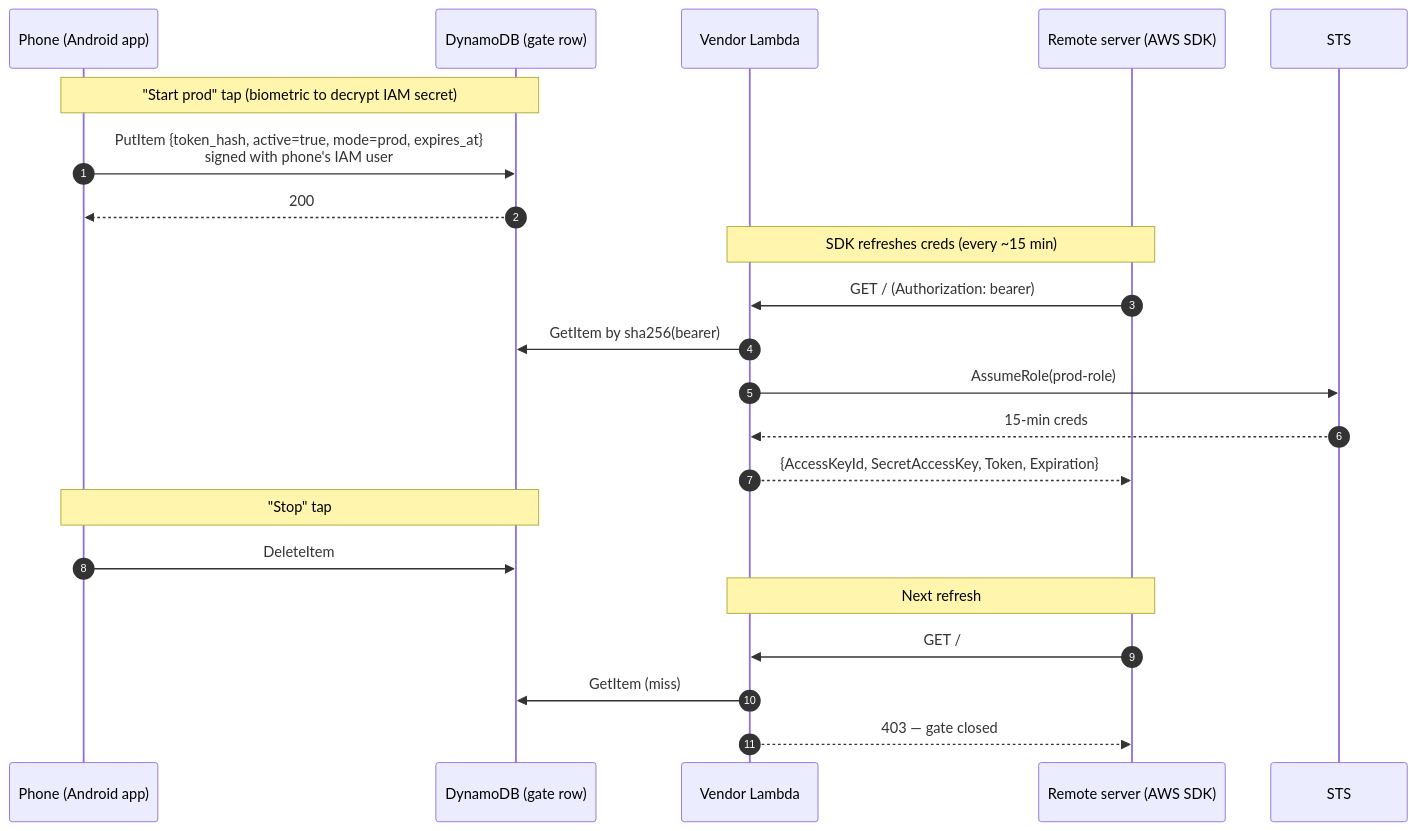
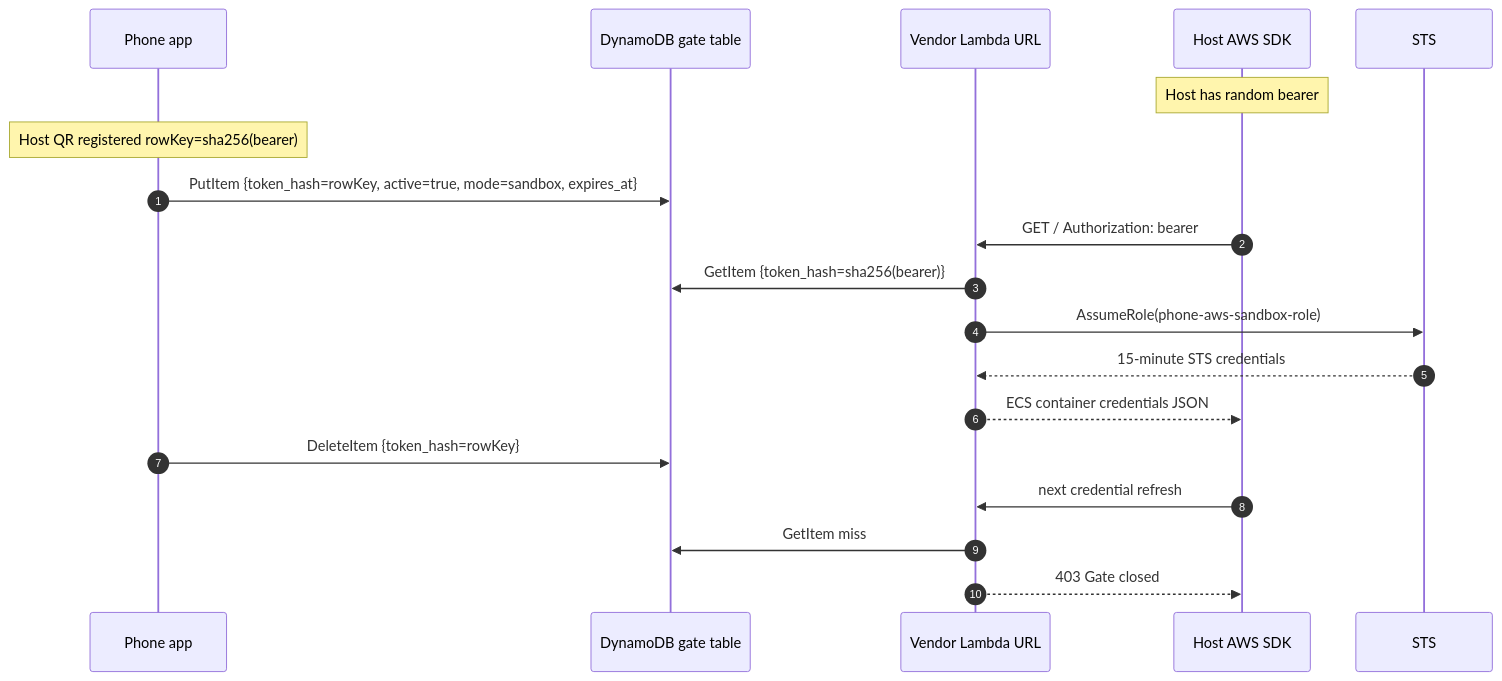
Before and after one commit to alexeygrigorev/phone-aws-gate: the diagram in README.md, drawn with Mermaid. The commit also changed other lines of this file and 20 other files, not shown here.

Commit message:
Release host registration flow

````diff
--- a/README.md
+++ b/README.md
@@ -23,27 +104,24 @@
 ```mermaid
 sequenceDiagram
   autonumber
-  participant P as Phone (Android app)
-  participant D as DynamoDB (gate row)
-  participant V as Vendor Lambda
-  participant S as Remote server (AWS SDK)
+  participant P as Phone app
+  participant D as DynamoDB gate table
+  participant V as Vendor Lambda URL
+  participant S as Host AWS SDK
   participant T as STS
 
-  Note over P,D: "Start prod" tap (biometric to decrypt IAM secret)
-  P->>D: PutItem {token_hash, active=true, mode=prod, expires_at}<br/>signed with phone's IAM user
-  D-->>P: 200
+  Note over S: Host has random bearer
+  Note over P: Host QR registered rowKey=sha256(bearer)
 
-  Note over S,V: SDK refreshes creds (every ~15 min)
-  S->>V: GET / (Authorization: bearer)
-  V->>D: GetItem by sha256(bearer)
-  V->>T: AssumeRole(prod-role)
-  T-->>V: 15-min creds
-  V-->>S: {AccessKeyId, SecretAccessKey, Token, Expiration}
+  P->>D: PutItem {token_hash=rowKey, active=true, mode=sandbox, expires_at}
+  S->>V: GET / Authorization: bearer
+  V->>D: GetItem {token_hash=sha256(bearer)}
+  V->>T: AssumeRole(phone-aws-sandbox-role)
+  T-->>V: 15-minute STS credentials
+  V-->>S: ECS container credentials JSON
 
-  Note over P,D: "Stop" tap
-  P->>D: DeleteItem
-  Note over S,V: Next refresh
-  S->>V: GET /
-  V->>D: GetItem (miss)
-  V-->>S: 403 — gate closed
+  P->>D: DeleteItem {token_hash=rowKey}
+  S->>V: next credential refresh
+  V->>D: GetItem miss
+  V-->>S: 403 Gate closed
 ```
````
